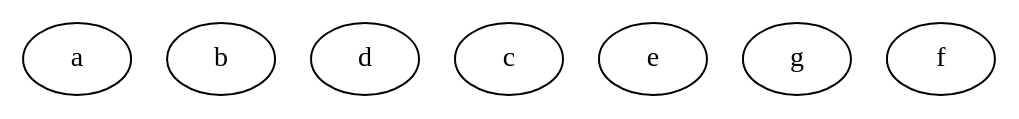
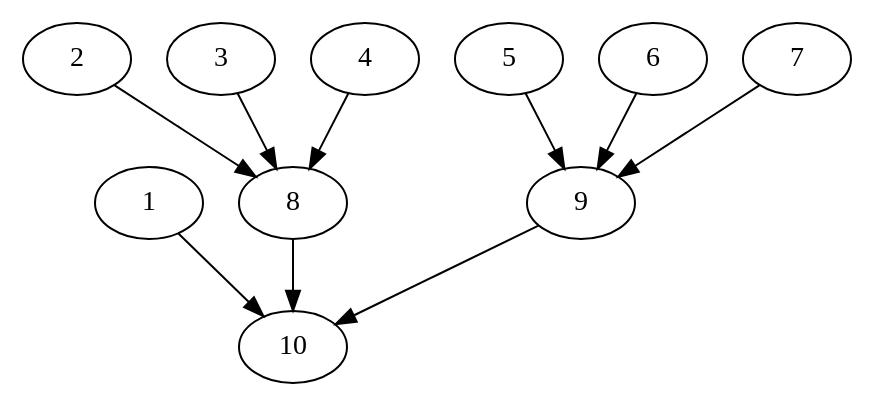
One commit to absternator/Task-Scheduler-Softeng306 changed the diagram in src/main/resources/graph3.dot. Above: the diagram before and after it, drawn with Graphviz. The commit also changed 3 other files, not shown here.

```diff
--- a/src/main/resources/graph3.dot
+++ b/src/main/resources/graph3.dot
@@ -1,10 +1,21 @@
-digraph "example" {
-    a     [Weight=2];
-    b       [Weight=3];
-    d       [Weight=1];
-    c    [Weight=3];
-    e        [Weight=2];
-    d       [Weight=2];
-    g       [Weight=2];
-    f           [Weight=1];
+digraph "InTree-Balanced-MaxBf-3_Nodes_10_CCR_1.04_WeightType_Random" {
+    1	 [Weight=6];
+    10	 [Weight=3];
+    1 -> 10	 [Weight=4];
+    2	 [Weight=7];
+    8	 [Weight=2];
+    2 -> 8	 [Weight=4];
+    3	 [Weight=5];
+    3 -> 8	 [Weight=12];
+    4	 [Weight=3];
+    4 -> 8	 [Weight=4];
+    5	 [Weight=3];
+    9	 [Weight=9];
+    5 -> 9	 [Weight=6];
+    6	 [Weight=2];
+    6 -> 9	 [Weight=7];
+    7	 [Weight=7];
+    7 -> 9	 [Weight=4];
+    8 -> 10	 [Weight=4];
+    9 -> 10	 [Weight=4];
 }
```
